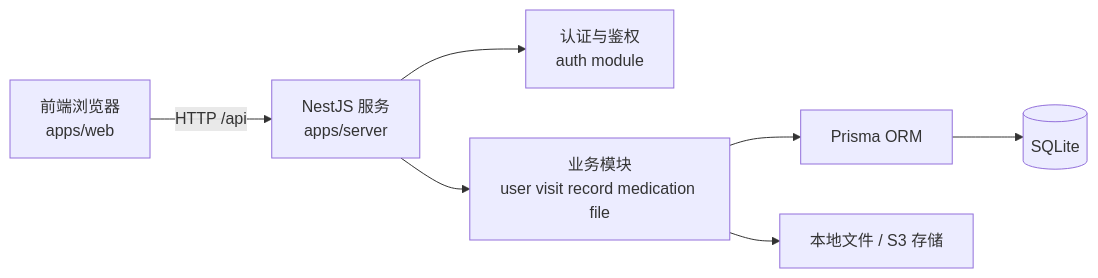
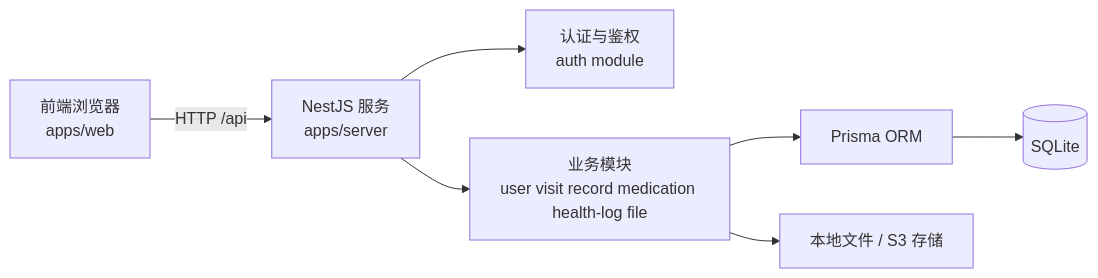
The first of 8 diagrams in docs/ARCHITECTURE.md (ayxixi/medical-system), drawn with Mermaid before and after one commit. The commit also changed other lines of this file and 27 other files, not shown here.

````diff
--- a/docs/ARCHITECTURE.md
+++ b/docs/ARCHITECTURE.md
@@ -45,9 +45,9 @@
 ```mermaid
 flowchart LR
   Browser[前端浏览器\napps/web] -->|HTTP /api| API[NestJS 服务\napps/server]
   API --> Auth[认证与鉴权\nauth module]
-  API --> Domain[业务模块\nuser visit record medication file]
+  API --> Domain[业务模块\nuser visit record medication health-log file]
   Domain --> Prisma[Prisma ORM]
   Prisma --> DB[(SQLite)]
   Domain --> Storage[本地文件 / S3 存储]
 ```
````
